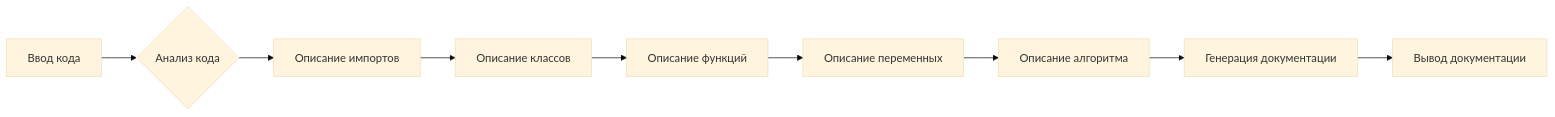
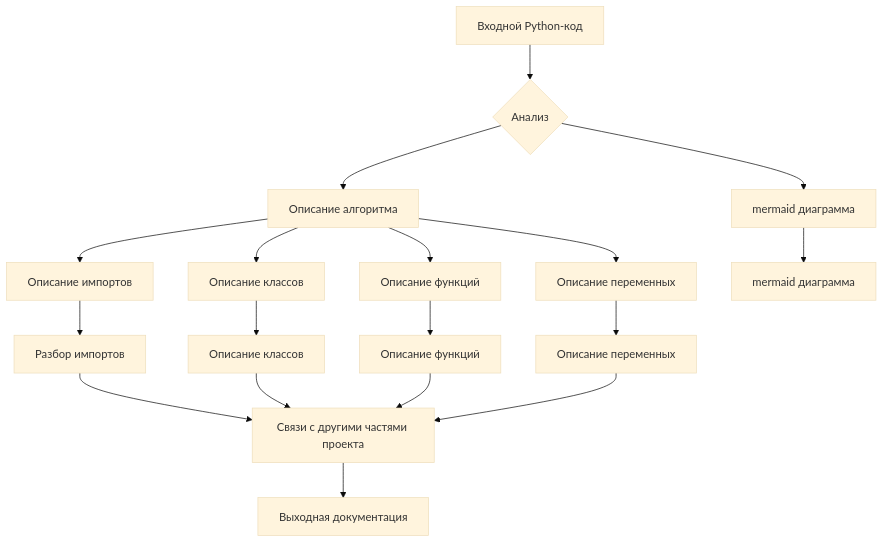
The diagram in docs/gemini/ru/doc/src/endpoints/hypo69/code_assistant/instructions/instruction_code_explainer_md_en.md (hypo69/hypo), drawn with Mermaid (base theme) before and after one commit. The commit also changed other lines of this file and 386 other files, not shown here.

````diff
--- a/docs/gemini/ru/doc/src/endpoints/hypo69/code_assistant/instructions/instruction_code_explainer_md_en.md
+++ b/docs/gemini/ru/doc/src/endpoints/hypo69/code_assistant/instructions/instruction_code_explainer_md_en.md
@@ -42,11 +36,20 @@
 ```mermaid
-graph LR
-A[Ввод кода] --> B{Анализ кода};
-B --> C[Описание импортов];
-C --> D[Описание классов];
-D --> E[Описание функций];
-E --> F[Описание переменных];
-F --> G[Описание алгоритма];
-G --> H[Генерация документации];
-H --> I[Вывод документации]
+graph TD
+    A[Входной Python-код] --> B{Анализ};
+    B --> C[Описание алгоритма];
+    B --> D[mermaid диаграмма];
+    C --> E[Описание импортов];
+    C --> F[Описание классов];
+    C --> G[Описание функций];
+    C --> H[Описание переменных];
+    D --> I[mermaid диаграмма];
+    E --> J[Разбор импортов];
+    F --> K[Описание классов];
+    G --> L[Описание функций];
+    H --> M[Описание переменных];
+    J --> N[Связи с другими частями проекта];
+    K --> N;
+    L --> N;
+    M --> N;
+    N --> O[Выходная документация];
 ```
````
